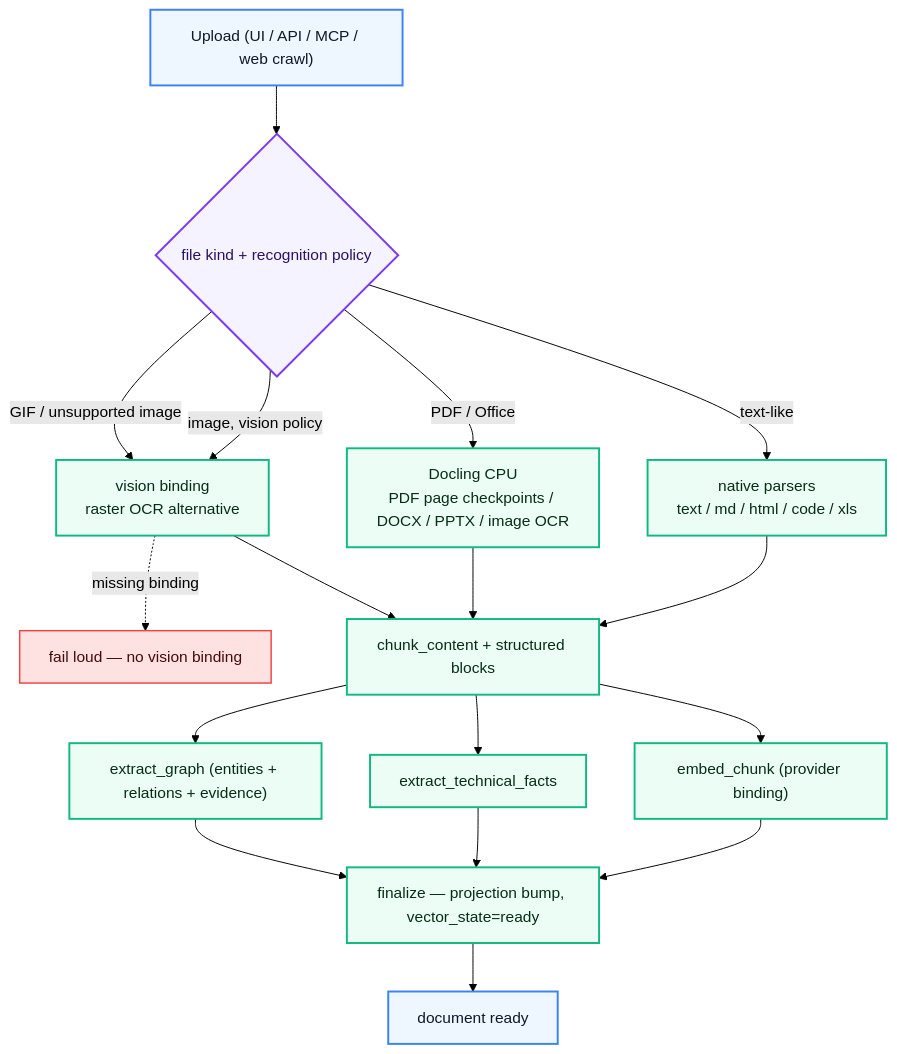
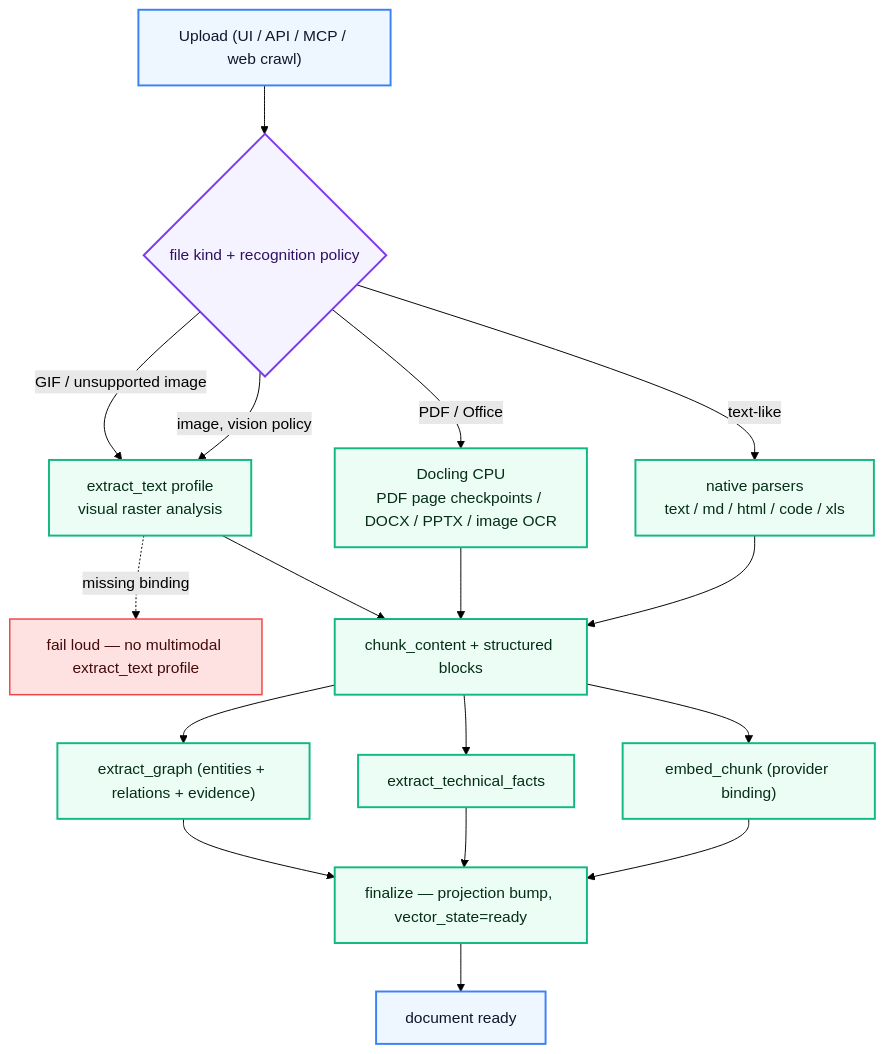
Before and after one commit to mlimarenko/IronRAG: the first of 2 diagrams in docs/en/README.md, drawn with Mermaid (forest theme). The commit also changed other lines of this file and 897 other files, not shown here.

````diff
--- a/docs/en/README.md
+++ b/docs/en/README.md
@@ -25,38 +25,38 @@
 ```mermaid
 flowchart TD
   classDef entry fill:#eef6ff,stroke:#3b82f6,stroke-width:2px,color:#0f172a
   classDef worker fill:#ecfdf5,stroke:#10b981,stroke-width:2px,color:#052e16
   classDef db fill:#fff7ed,stroke:#f97316,stroke-width:2px,color:#431407
   classDef decision fill:#f5f3ff,stroke:#7c3aed,stroke-width:2px,color:#2e1065
   classDef fail fill:#fee2e2,stroke:#ef4444,stroke-width:1.5px,color:#450a0a
 
   Upload["Upload (UI / API / MCP / web crawl)"]:::entry
   Detect{"file kind + recognition policy"}:::decision
   Native["native parsers<br/>text / md / html / code / xls"]:::worker
   Docling["Docling CPU<br/>PDF page checkpoints / DOCX / PPTX / image OCR"]:::worker
-  Vision["vision binding<br/>raster OCR alternative"]:::worker
-  MissingVision["fail loud — no vision binding"]:::fail
+  Vision["extract_text profile<br/>visual raster analysis"]:::worker
+  MissingVision["fail loud — no multimodal extract_text profile"]:::fail
   Chunk["chunk_content + structured blocks"]:::worker
   Embed["embed_chunk (provider binding)"]:::worker
   Facts["extract_technical_facts"]:::worker
   Graph["extract_graph (entities + relations + evidence)"]:::worker
   Final["finalize — projection bump, vector_state=ready"]:::worker
   Ready["document ready"]:::entry
 
   Upload --> Detect
   Detect -->|text-like| Native
   Detect -->|PDF / Office| Docling
   Detect -->|image, vision policy| Vision
   Detect -->|GIF / unsupported image| Vision
   Vision -. missing binding .-> MissingVision
   Native --> Chunk
   Docling --> Chunk
   Vision --> Chunk
   Chunk --> Embed
   Chunk --> Facts
   Chunk --> Graph
   Embed --> Final
   Facts --> Final
   Graph --> Final
   Final --> Ready
 ```
````
